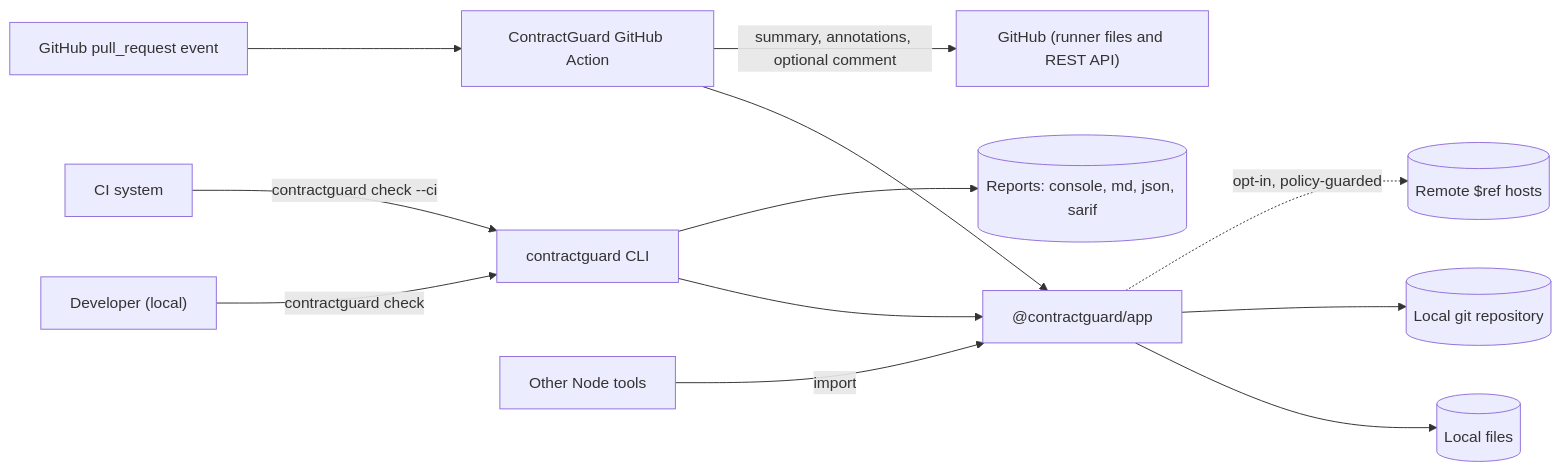
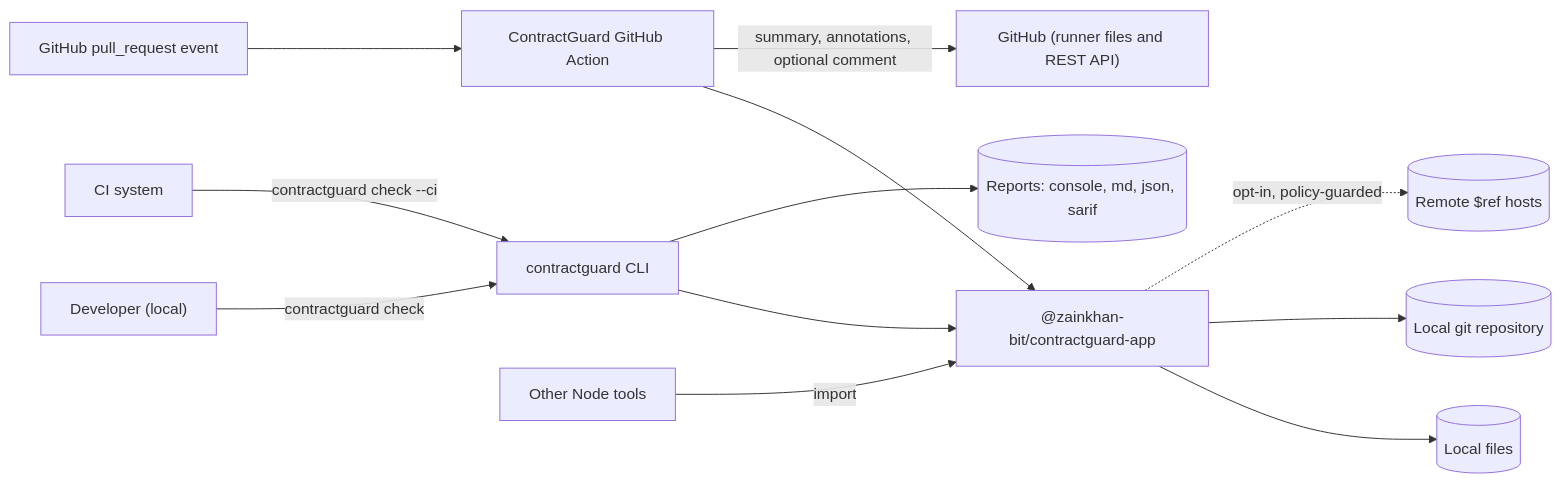
The first of 7 diagrams in docs/architecture/BLUEPRINT.md (zainkhan-bit/ContractGuard), drawn with Mermaid before and after one commit. The commit also changed other lines of this file and 103 other files, not shown here.

First line of the commit message:
chore: publish libraries under @zainkhan-bit/contractguard-*

````diff
--- a/docs/architecture/BLUEPRINT.md
+++ b/docs/architecture/BLUEPRINT.md
@@ -514,14 +514,14 @@
 ```mermaid
 flowchart LR
   dev["Developer (local)"] -->|"contractguard check"| cli["contractguard CLI"]
   ci["CI system"] -->|"contractguard check --ci"| cli
   gh["GitHub pull_request event"] --> action["ContractGuard GitHub Action"]
-  lib["Other Node tools"] -->|"import"| app["@contractguard/app"]
+  lib["Other Node tools"] -->|"import"| app["@zainkhan-bit/contractguard-app"]
   cli --> app
   action --> app
   app --> fs[("Local files")]
   app --> git[("Local git repository")]
   app -.->|"opt-in, policy-guarded"| remote[("Remote $ref hosts")]
   action -->|"summary, annotations, optional comment"| ghapi["GitHub (runner files and REST API)"]
   cli --> reports[("Reports: console, md, json, sarif")]
 ```
````
